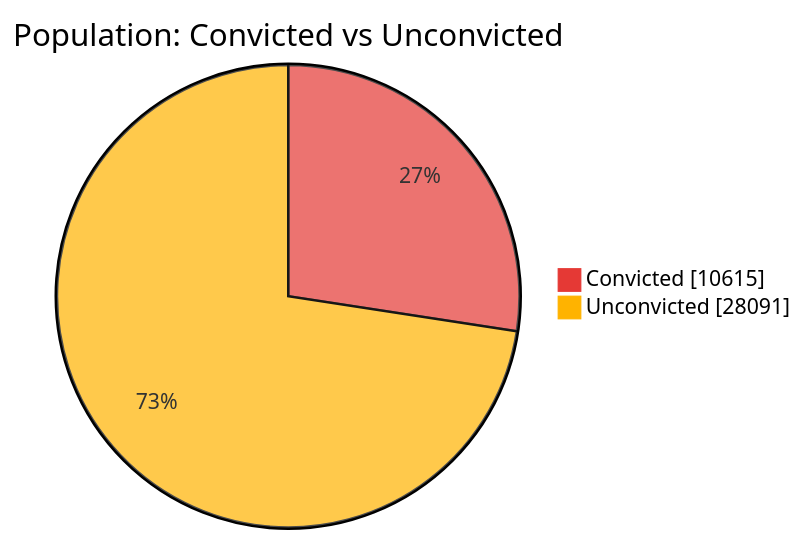
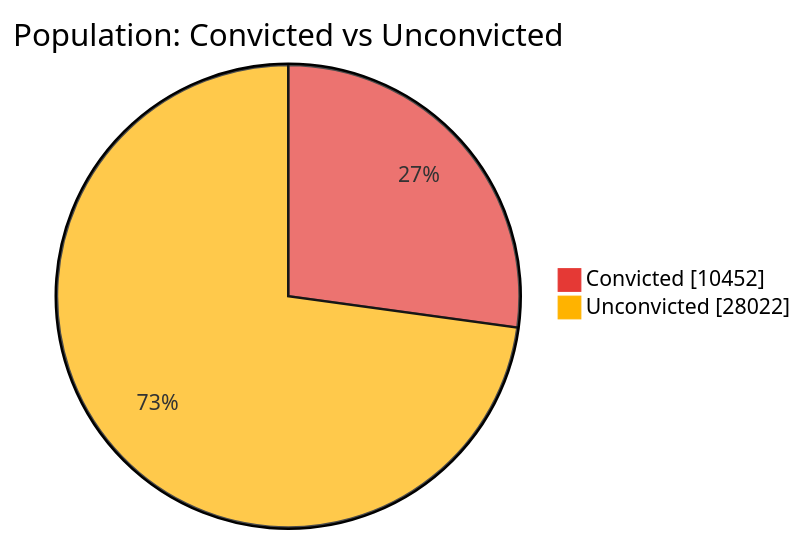
The first of 7 diagrams in README.md (nuuuwan/lk_prisons), drawn with Mermaid before and after one commit. The commit also changed other lines of this file and 1 other file, not shown here.

````diff
--- a/README.md
+++ b/README.md
@@ -43,6 +43,6 @@
 ```mermaid
 %%{init: {'themeVariables': {'pie1': '#E53935', 'pie2': '#FFB300'}}}%%
 pie showData title Population: Convicted vs Unconvicted
-    "Convicted" : 10615
-    "Unconvicted" : 28091
+    "Convicted" : 10452
+    "Unconvicted" : 28022
 ```
````
